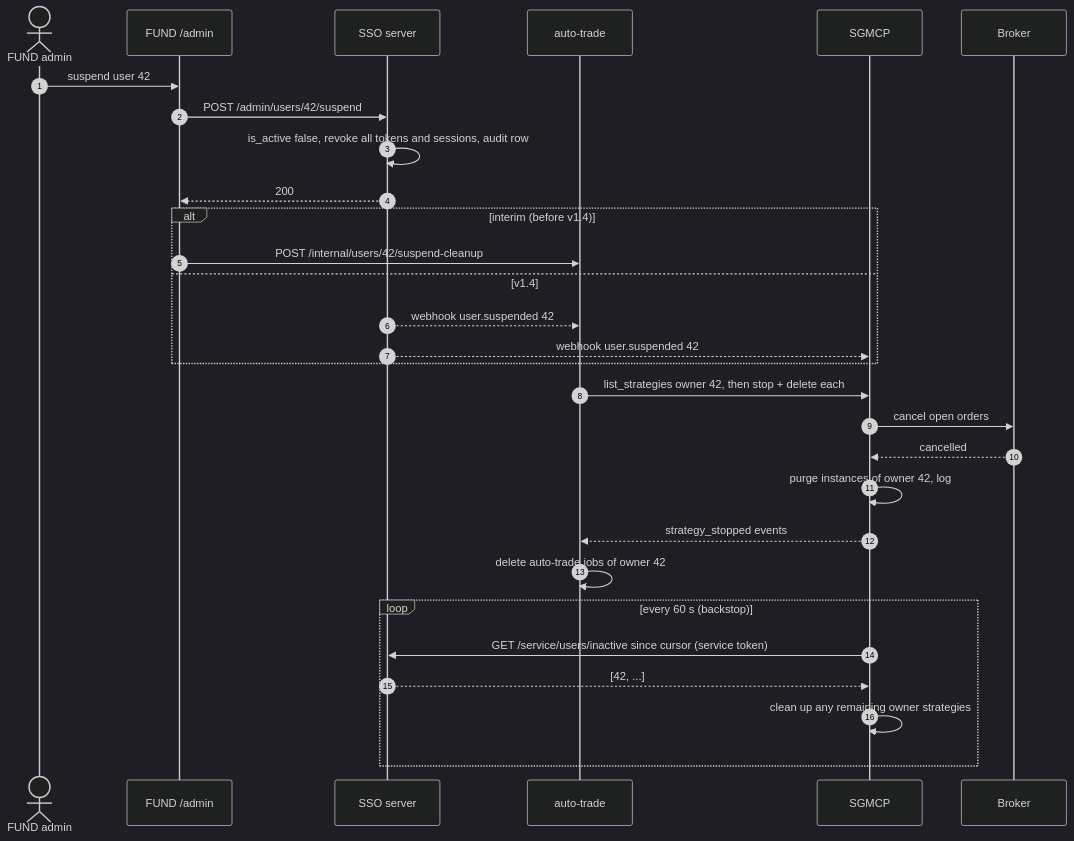
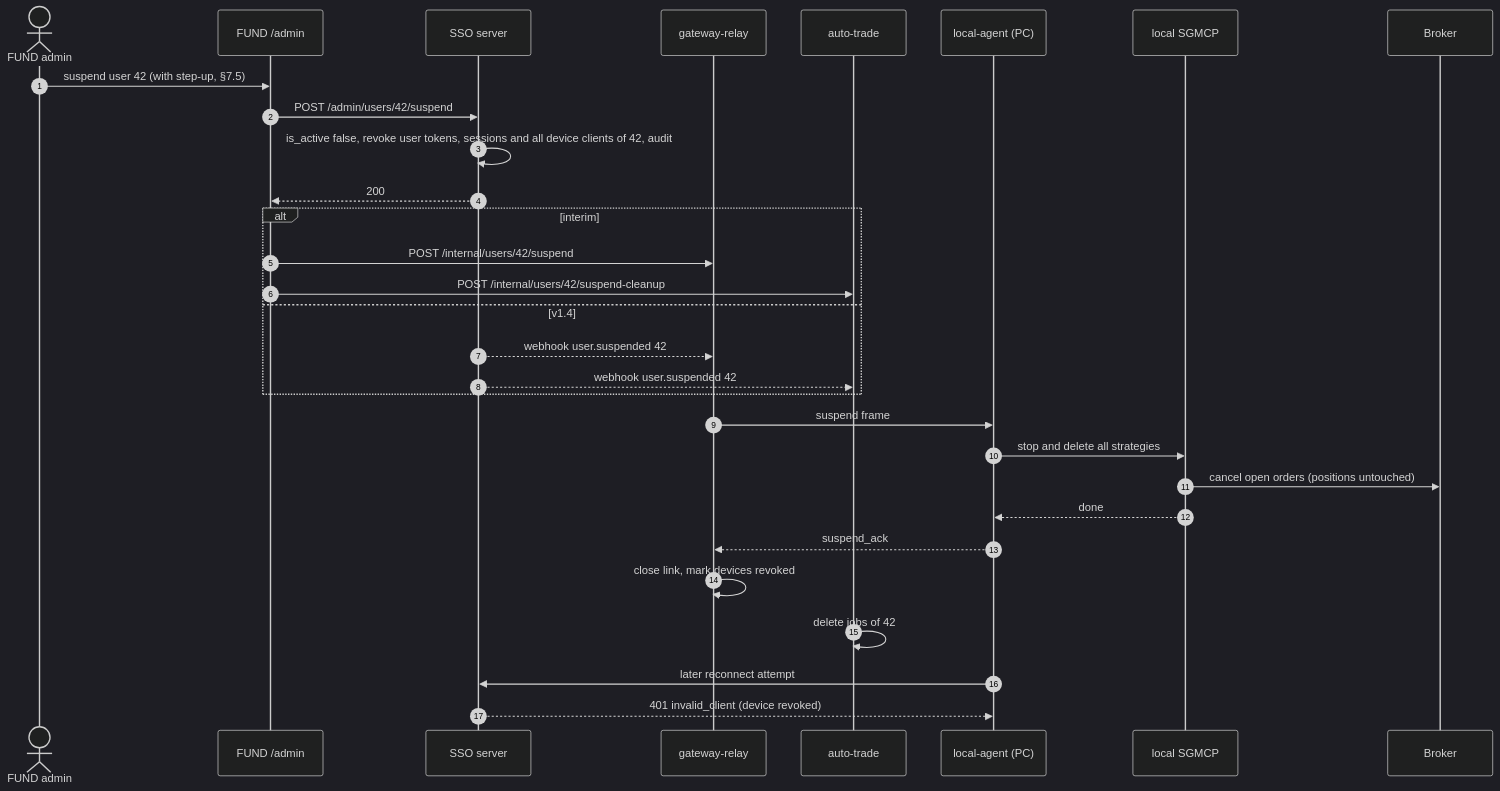
One commit to Neural-Matrix-LLC/SSO-server changed diagram 11 of 16 in docs/ECOSYSTEM-INTEGRATION.md. Above: the diagram before and after it, drawn with Mermaid (dark theme). The commit also changed other lines of this file and 4 other files, not shown here.

````diff
--- a/docs/ECOSYSTEM-INTEGRATION.md
+++ b/docs/ECOSYSTEM-INTEGRATION.md
@@ -442,31 +533,32 @@
 ```mermaid
 sequenceDiagram
   autonumber
   actor A as FUND admin
   participant UI as FUND /admin
   participant SSO as SSO server
+  participant RL as gateway-relay
   participant AT as auto-trade
-  participant GW as SGMCP
+  participant LA as local-agent (PC)
+  participant LSG as local SGMCP
   participant BR as Broker
-  A->>UI: suspend user 42
+  A->>UI: suspend user 42 (with step-up, §7.5)
   UI->>SSO: POST /admin/users/42/suspend
-  SSO->>SSO: is_active false, revoke all tokens and sessions, audit row
+  SSO->>SSO: is_active false, revoke user tokens, sessions and all device clients of 42, audit
   SSO-->>UI: 200
-  alt interim (before v1.4)
+  alt interim
+    UI->>RL: POST /internal/users/42/suspend
     UI->>AT: POST /internal/users/42/suspend-cleanup
   else v1.4
+    SSO-->>RL: webhook user.suspended 42
     SSO-->>AT: webhook user.suspended 42
-    SSO-->>GW: webhook user.suspended 42
   end
-  AT->>GW: list_strategies owner 42, then stop + delete each
-  GW->>BR: cancel open orders
-  BR-->>GW: cancelled
-  GW->>GW: purge instances of owner 42, log
-  GW-->>AT: strategy_stopped events
-  AT->>AT: delete auto-trade jobs of owner 42
-  loop every 60 s (backstop)
-    GW->>SSO: GET /service/users/inactive since cursor (service token)
-    SSO-->>GW: [42, ...]
-    GW->>GW: clean up any remaining owner strategies
-  end
+  RL->>LA: suspend frame
+  LA->>LSG: stop and delete all strategies
+  LSG->>BR: cancel open orders (positions untouched)
+  LSG-->>LA: done
+  LA-->>RL: suspend_ack
+  RL->>RL: close link, mark devices revoked
+  AT->>AT: delete jobs of 42
+  LA->>SSO: later reconnect attempt
+  SSO-->>LA: 401 invalid_client (device revoked)
 ```
````
